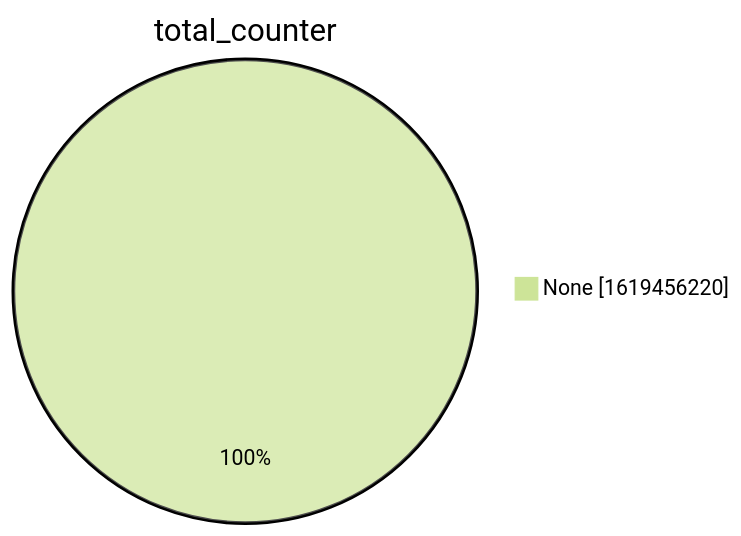
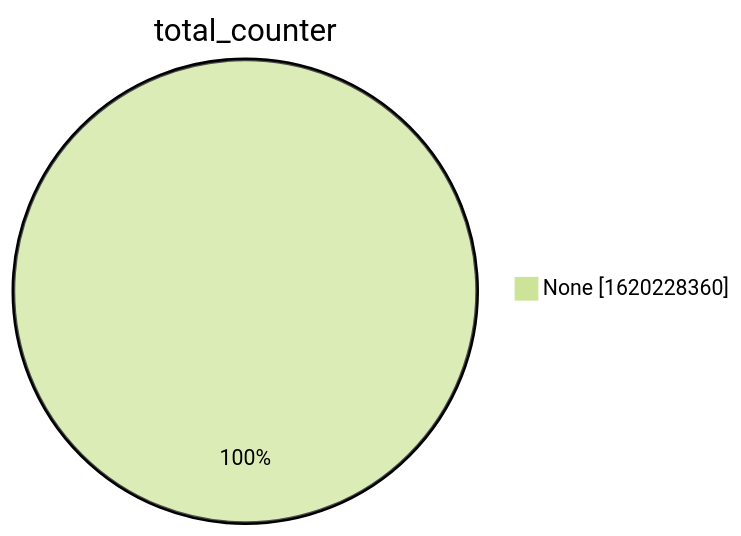
The second of 15 diagrams in xenon2022/README.md (christiankrug/ctmonitor_visualization), drawn with Mermaid (forest theme) before and after one commit. The commit also changed other lines of this file, not shown here.

````diff
--- a/xenon2022/README.md
+++ b/xenon2022/README.md
@@ -9,5 +9,5 @@
 ```mermaid
 pie showData
 title total_counter
-"None" :1619456220
+"None" :1620228360
 ```
````
